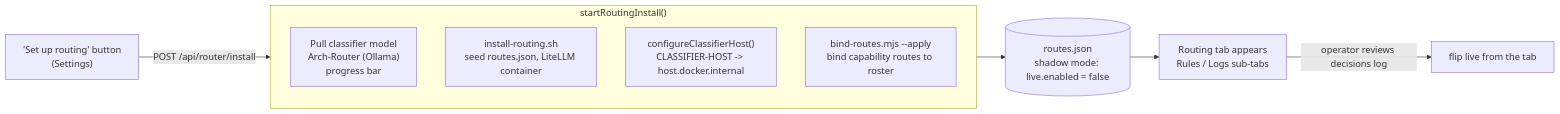
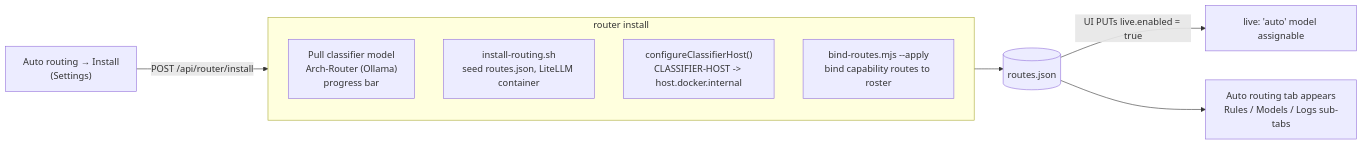
The fifth of 5 diagrams in app/docs/webchat/architecture-diagram.md (javexed/nanoclaw-webchat), drawn with Mermaid before and after one commit. The commit also changed other lines of this file and 347 other files, not shown here.

````diff
--- a/app/docs/webchat/architecture-diagram.md
+++ b/app/docs/webchat/architecture-diagram.md
@@ -149,15 +149,15 @@
 ```mermaid
 flowchart LR
-  Btn["'Set up routing' button<br/>(Settings)"] -->|"POST /api/router/install"| Install
+  Btn["Auto routing → Install<br/>(Settings)"] -->|"POST /api/router/install"| Install
 
-  subgraph Install["startRoutingInstall()"]
+  subgraph Install["router install"]
     Pull["Pull classifier model<br/>Arch-Router (Ollama)<br/>progress bar"]
     Script["install-routing.sh<br/>seed routes.json, LiteLLM container"]
     Host["configureClassifierHost()<br/>CLASSIFIER-HOST -> host.docker.internal"]
     Bind["bind-routes.mjs --apply<br/>bind capability routes to roster"]
   end
 
-  Install --> Routes[("routes.json<br/>shadow mode: live.enabled = false")]
-  Routes --> Tab["Routing tab appears<br/>Rules / Logs sub-tabs"]
-  Tab -->|"operator reviews decisions log"| Live["flip live from the tab"]
+  Install --> Routes[("routes.json")]
+  Routes -->|"UI PUTs live.enabled = true"| Live["live: 'auto' model assignable"]
+  Routes --> Tab["Auto routing tab appears<br/>Rules / Models / Logs sub-tabs"]
 ```
````
